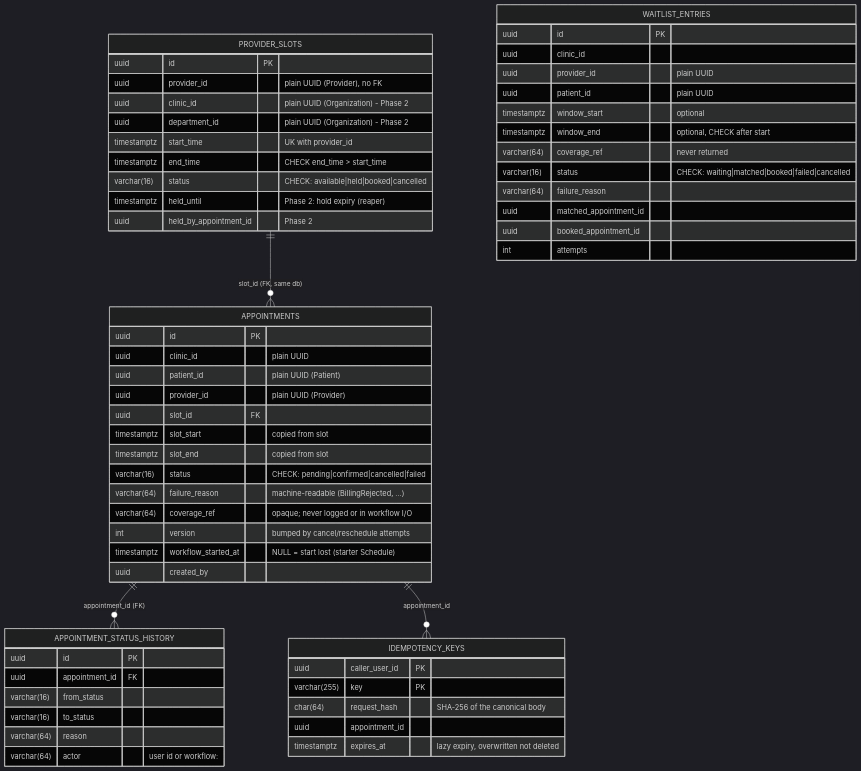
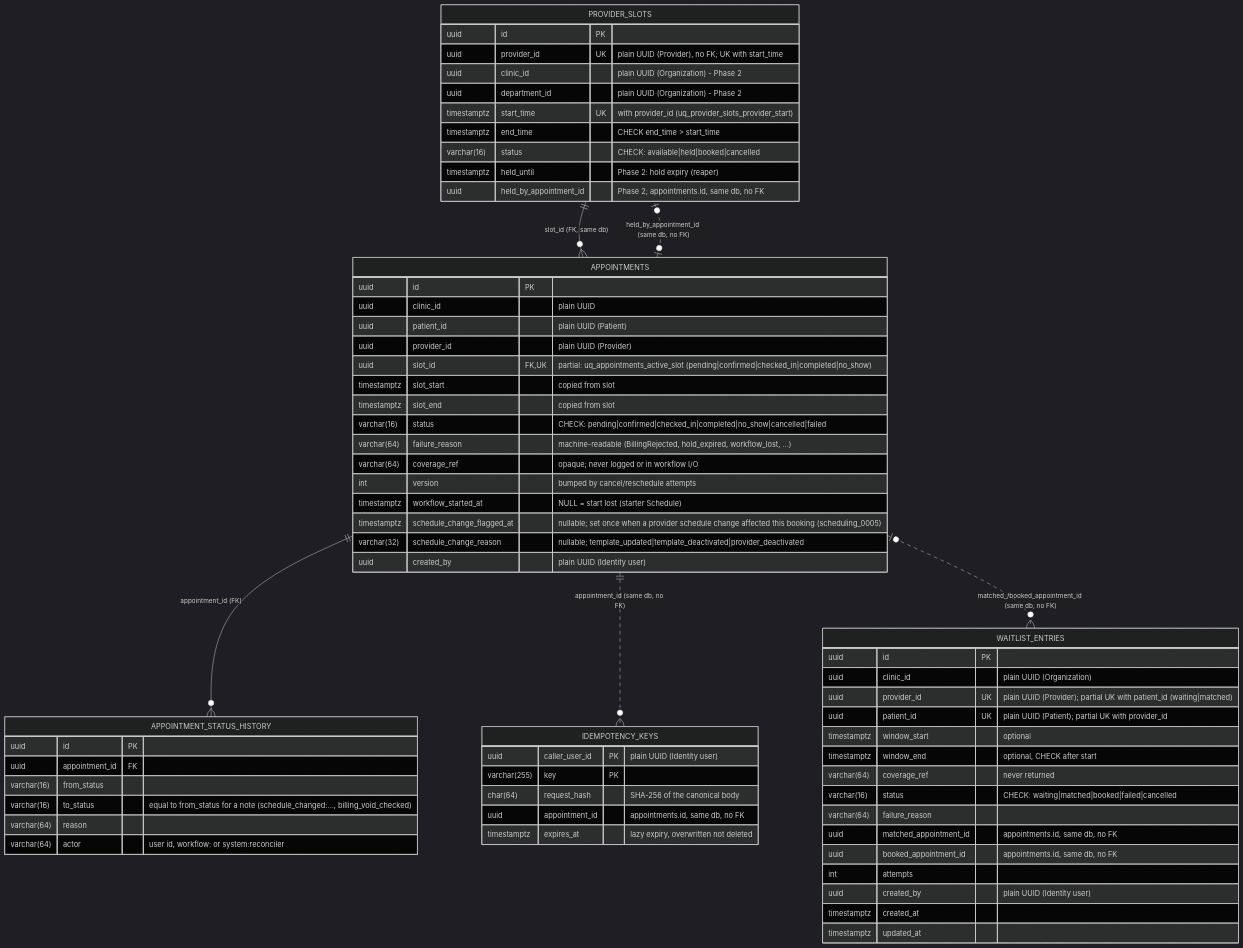
One commit to umarEmumba/smarthealth changed the fifth of 8 diagrams in docs/erd.md. Above: the diagram before and after it, drawn with Mermaid (dark theme). The commit also changed other lines of this file and 4 other files, not shown here.

First line of the commit message:
docs(02.1-13): README, architecture doc and ERD describe the Phase 2.1 system

````diff
--- a/docs/erd.md
+++ b/docs/erd.md
@@ -133,61 +160,68 @@
 ```mermaid
 erDiagram
     PROVIDER_SLOTS ||--o{ APPOINTMENTS : "slot_id (FK, same db)"
     APPOINTMENTS ||--o{ APPOINTMENT_STATUS_HISTORY : "appointment_id (FK)"
-    APPOINTMENTS ||--o{ IDEMPOTENCY_KEYS : "appointment_id"
+    APPOINTMENTS ||..o{ IDEMPOTENCY_KEYS : "appointment_id (same db, no FK)"
+    APPOINTMENTS |o..o| PROVIDER_SLOTS : "held_by_appointment_id (same db, no FK)"
+    APPOINTMENTS |o..o{ WAITLIST_ENTRIES : "matched_/booked_appointment_id (same db, no FK)"
     PROVIDER_SLOTS {
         uuid id PK
-        uuid provider_id "plain UUID (Provider), no FK"
+        uuid provider_id UK "plain UUID (Provider), no FK; UK with start_time"
         uuid clinic_id "plain UUID (Organization) - Phase 2"
         uuid department_id "plain UUID (Organization) - Phase 2"
-        timestamptz start_time "UK with provider_id"
+        timestamptz start_time UK "with provider_id (uq_provider_slots_provider_start)"
         timestamptz end_time "CHECK end_time > start_time"
         varchar(16) status "CHECK: available|held|booked|cancelled"
         timestamptz held_until "Phase 2: hold expiry (reaper)"
-        uuid held_by_appointment_id "Phase 2"
+        uuid held_by_appointment_id "Phase 2; appointments.id, same db, no FK"
     }
     APPOINTMENTS {
         uuid id PK
         uuid clinic_id "plain UUID"
         uuid patient_id "plain UUID (Patient)"
         uuid provider_id "plain UUID (Provider)"
-        uuid slot_id FK
+        uuid slot_id FK, UK "partial: uq_appointments_active_slot (pending|confirmed|checked_in|completed|no_show)"
         timestamptz slot_start "copied from slot"
         timestamptz slot_end "copied from slot"
-        varchar(16) status "CHECK: pending|confirmed|cancelled|failed"
-        varchar(64) failure_reason "machine-readable (BillingRejected, ...)"
+        varchar(16) status "CHECK: pending|confirmed|checked_in|completed|no_show|cancelled|failed"
+        varchar(64) failure_reason "machine-readable (BillingRejected, hold_expired, workflow_lost, ...)"
         varchar(64) coverage_ref "opaque; never logged or in workflow I/O"
         int version "bumped by cancel/reschedule attempts"
         timestamptz workflow_started_at "NULL = start lost (starter Schedule)"
-        uuid created_by
+        timestamptz schedule_change_flagged_at "nullable; set once when a provider schedule change affected this booking (scheduling_0005)"
+        varchar(32) schedule_change_reason "nullable; template_updated|template_deactivated|provider_deactivated"
+        uuid created_by "plain UUID (Identity user)"
     }
     IDEMPOTENCY_KEYS {
-        uuid caller_user_id PK
+        uuid caller_user_id PK "plain UUID (Identity user)"
         varchar(255) key PK
         char(64) request_hash "SHA-256 of the canonical body"
-        uuid appointment_id
+        uuid appointment_id "appointments.id, same db, no FK"
         timestamptz expires_at "lazy expiry, overwritten not deleted"
     }
     APPOINTMENT_STATUS_HISTORY {
         uuid id PK
         uuid appointment_id FK
         varchar(16) from_status
-        varchar(16) to_status
+        varchar(16) to_status "equal to from_status for a note (schedule_changed:..., billing_void_checked)"
         varchar(64) reason
-        varchar(64) actor "user id or workflow:<id>"
+        varchar(64) actor "user id, workflow:<id> or system:reconciler"
     }
     WAITLIST_ENTRIES {
         uuid id PK
-        uuid clinic_id
-        uuid provider_id "plain UUID"
-        uuid patient_id "plain UUID"
+        uuid clinic_id "plain UUID (Organization)"
+        uuid provider_id UK "plain UUID (Provider); partial UK with patient_id (waiting|matched)"
+        uuid patient_id UK "plain UUID (Patient); partial UK with provider_id"
         timestamptz window_start "optional"
         timestamptz window_end "optional, CHECK after start"
         varchar(64) coverage_ref "never returned"
         varchar(16) status "CHECK: waiting|matched|booked|failed|cancelled"
         varchar(64) failure_reason
-        uuid matched_appointment_id
-        uuid booked_appointment_id
+        uuid matched_appointment_id "appointments.id, same db, no FK"
+        uuid booked_appointment_id "appointments.id, same db, no FK"
         int attempts
+        uuid created_by "plain UUID (Identity user)"
+        timestamptz created_at
+        timestamptz updated_at
     }
 ```
````
